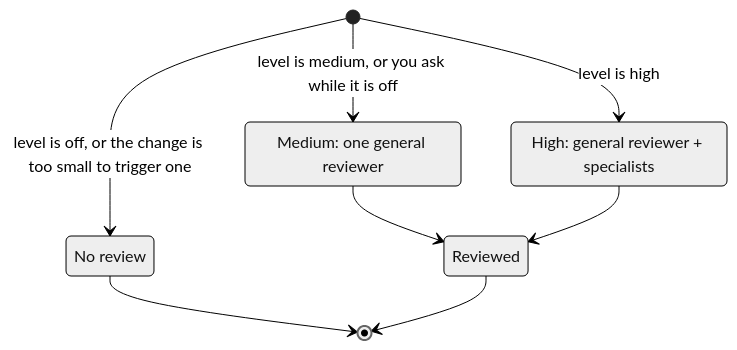
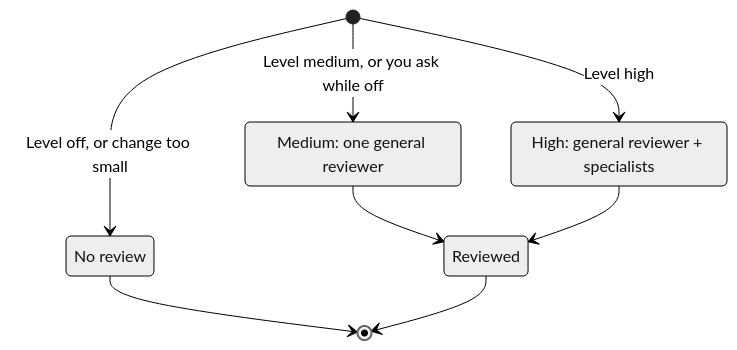
The first of 2 diagrams in docs/review.md (jvillegasd/harness), drawn with Mermaid (neutral theme) before and after one commit. The commit also changed other lines of this file and 3 other files, not shown here.

First line of the commit message:
docs: shorten the Mermaid diagram labels (#182)

````diff
--- a/docs/review.md
+++ b/docs/review.md
@@ -25,14 +25,14 @@
 ```mermaid
 stateDiagram-v2
   state "No review" as Skipped
   state "Medium: one general reviewer" as Medium
   state "High: general reviewer + specialists" as High
 
-  [*] --> Skipped: level is off, or the change is too small to trigger one
-  [*] --> Medium: level is medium, or you ask while it is off
-  [*] --> High: level is high
+  [*] --> Skipped: Level off, or change too small
+  [*] --> Medium: Level medium, or you ask while off
+  [*] --> High: Level high
   Medium --> Reviewed
   High --> Reviewed
   Skipped --> [*]
   Reviewed --> [*]
 ```
````
